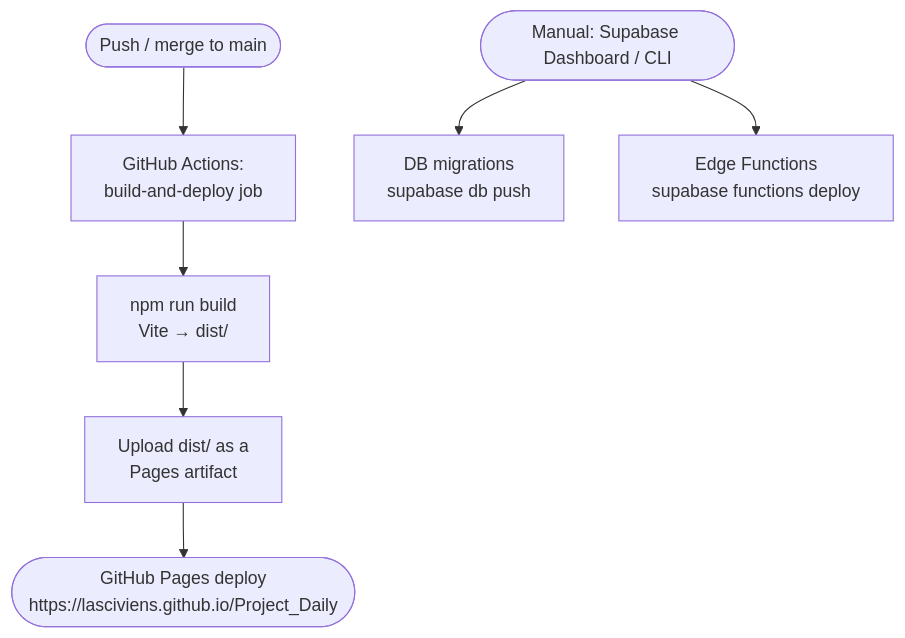
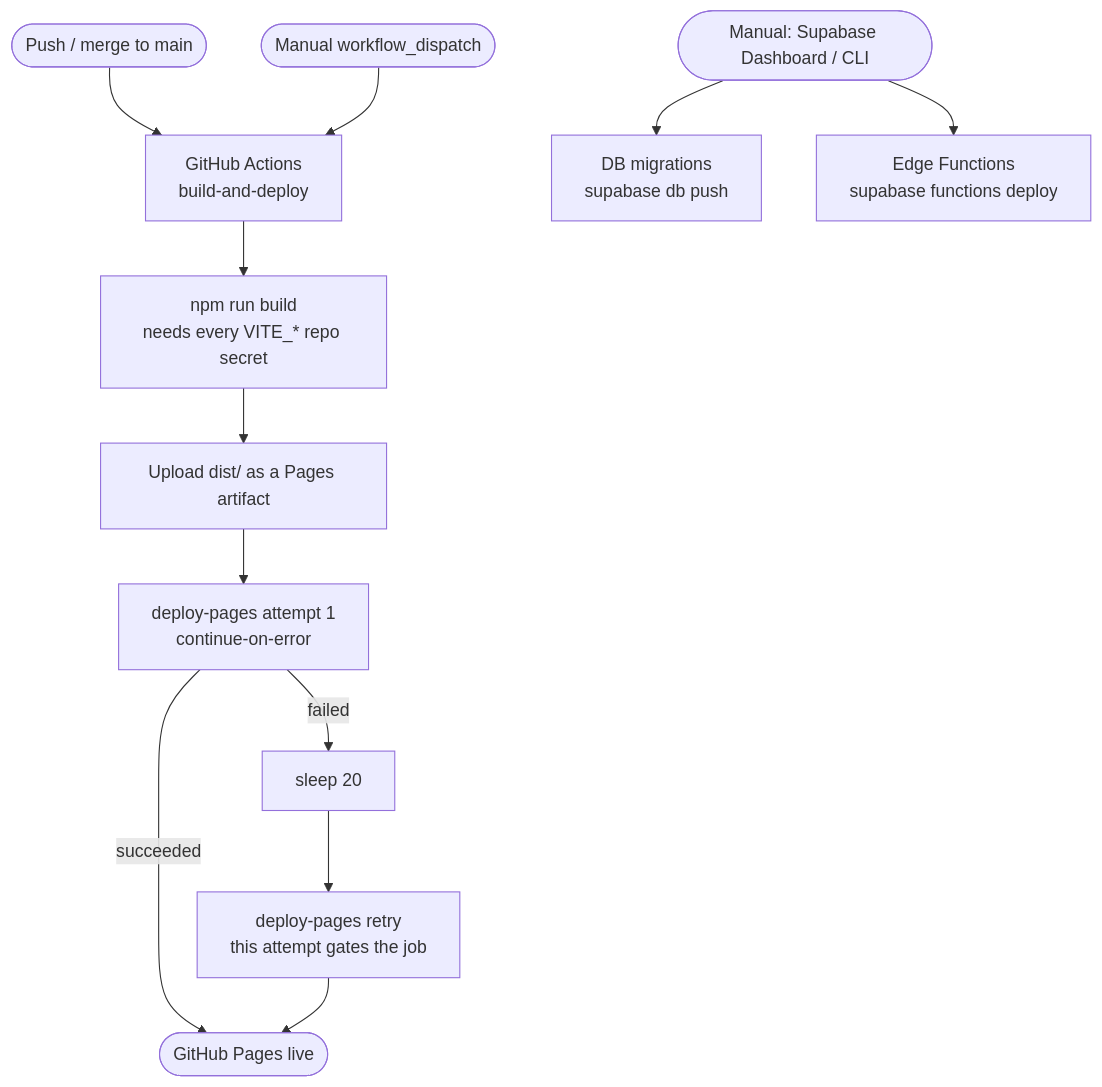
One commit to Lasciviens/Project_Daily changed the third of 3 diagrams in README.md. Above: the diagram before and after it, drawn with Mermaid. The commit also changed other lines of this file and 31 other files, not shown here.

First line of the commit message:
docs: repo-wide documentation + GitHub housekeeping

````diff
--- a/README.md
+++ b/README.md
@@ -120,10 +243,15 @@
 ```mermaid
 flowchart TD
-    PUSH([Push / merge to main]) --> GHA[GitHub Actions:\nbuild-and-deploy job]
-    GHA --> VITE[npm run build\nVite → dist/]
-    VITE --> ARTIFACT[Upload dist/ as a\nPages artifact]
-    ARTIFACT --> PAGES([GitHub Pages deploy\nhttps://lasciviens.github.io/Project_Daily])
+    PUSH([Push / merge to main]) --> GHA[GitHub Actions<br/>build-and-deploy]
+    DISPATCH([Manual workflow_dispatch]) --> GHA
+    GHA --> VITE[npm run build<br/>needs every VITE_* repo secret]
+    VITE --> ARTIFACT[Upload dist/ as a Pages artifact]
+    ARTIFACT --> D1[deploy-pages attempt 1<br/>continue-on-error]
+    D1 -- succeeded --> PAGES([GitHub Pages live])
+    D1 -- failed --> WAIT[sleep 20]
+    WAIT --> D2[deploy-pages retry<br/>this attempt gates the job]
+    D2 --> PAGES
 
-    MANUAL([Manual: Supabase Dashboard / CLI]) --> MIGRATIONS[DB migrations\nsupabase db push]
-    MANUAL --> FUNCTIONS[Edge Functions\nsupabase functions deploy]
+    MANUAL([Manual: Supabase Dashboard / CLI]) --> MIGRATIONS[DB migrations<br/>supabase db push]
+    MANUAL --> FUNCTIONS[Edge Functions<br/>supabase functions deploy]
 ```
````
